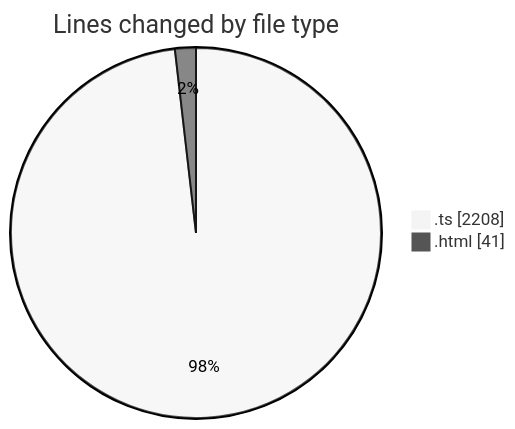
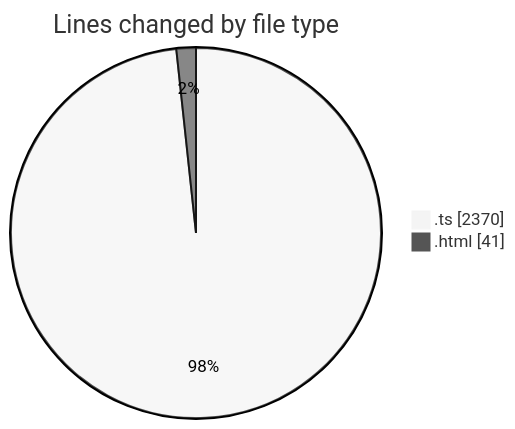
One commit to tmsrecording-cyber/code-tracking changed the first of 2 diagrams in 2026-02-08/singularitybrainai/README.md. Above: the diagram before and after it, drawn with Mermaid (neutral theme). The commit also changed other lines of this file and 1 other file, not shown here.

````diff
--- a/2026-02-08/singularitybrainai/README.md
+++ b/2026-02-08/singularitybrainai/README.md
@@ -22,6 +23,6 @@
 ```mermaid
 pie showData
 title Lines changed by file type
-".ts" : 2208
+".ts" : 2370
 ".html" : 41
 ```
````
